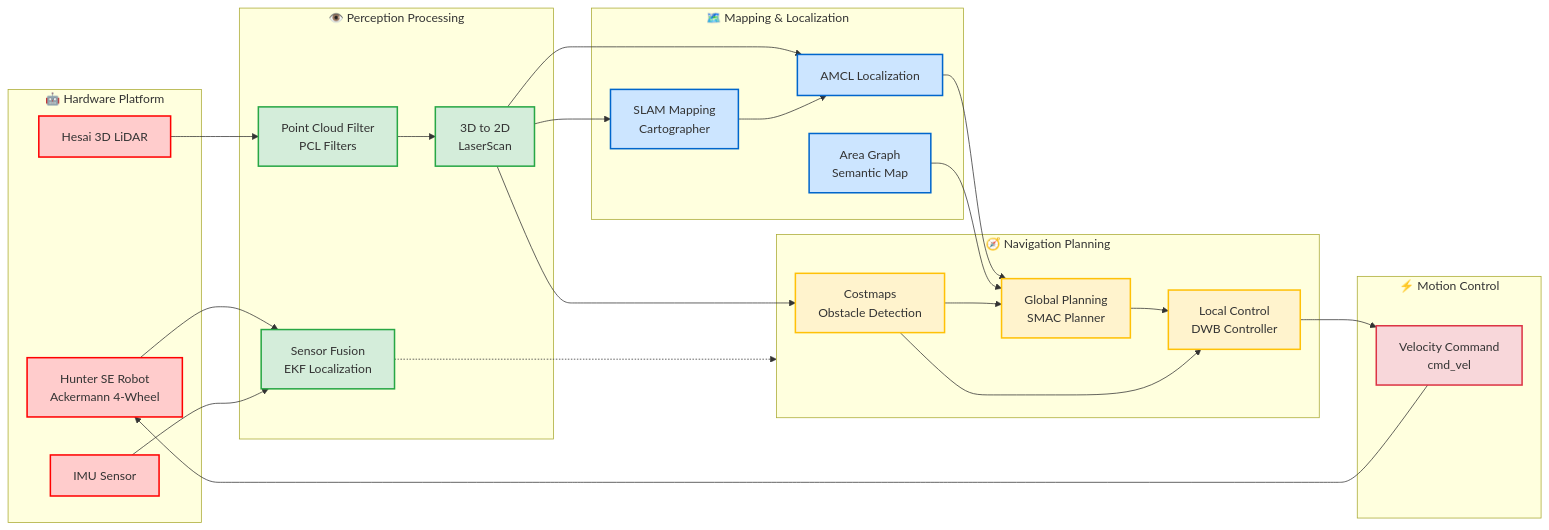
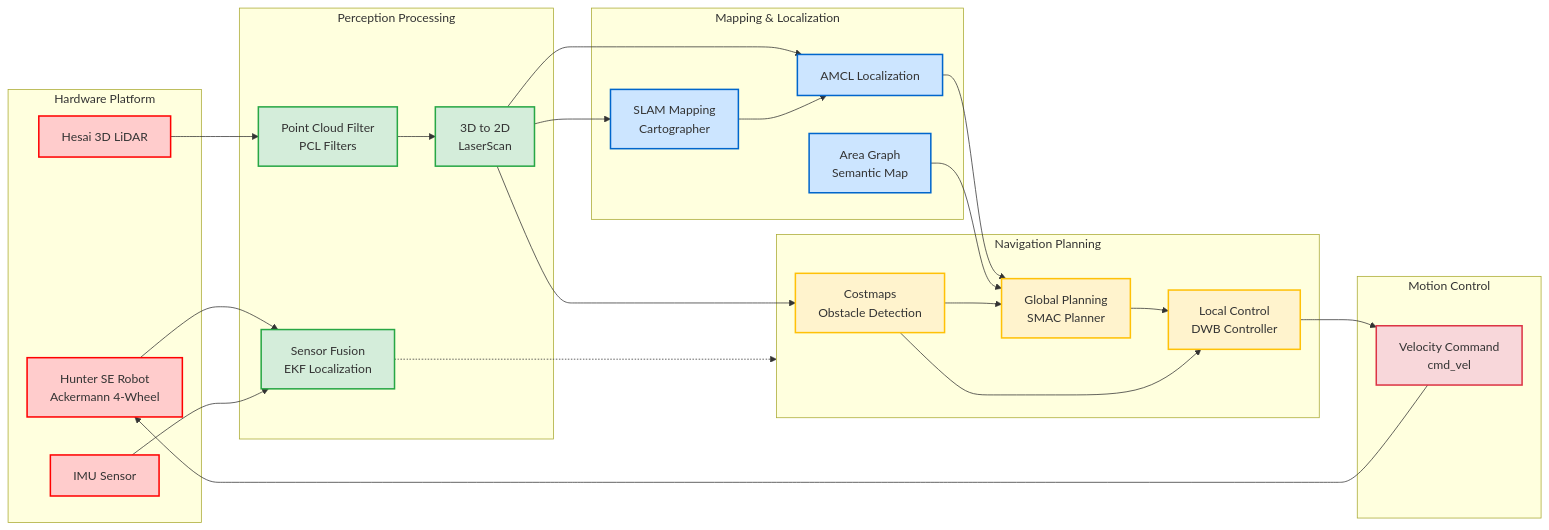
Before and after one commit to jiajiezhang7/jiajiezhang7.github.io: the diagram in _projects/2_campus_autonomy.md, drawn with Mermaid. The commit also changed other lines of this file and 13 other files, not shown here.

````diff
--- a/_projects/2_campus_autonomy.md
+++ b/_projects/2_campus_autonomy.md
@@ -81,62 +67,62 @@
 ```mermaid
 graph LR
-    subgraph HW["🤖 Hardware Platform"]
+    subgraph HW["Hardware Platform"]
         A[Hunter SE Robot<br/>Ackermann 4-Wheel]
         B[Hesai 3D LiDAR]
         C[IMU Sensor]
     end
 
-    subgraph Perception["👁️ Perception Processing"]
+    subgraph Perception["Perception Processing"]
         D[Point Cloud Filter<br/>PCL Filters]
         E[3D to 2D<br/>LaserScan]
         F[Sensor Fusion<br/>EKF Localization]
     end
 
-    subgraph Mapping["🗺️ Mapping & Localization"]
+    subgraph Mapping["Mapping & Localization"]
         G[SLAM Mapping<br/>Cartographer]
         H[AMCL Localization]
         I[Area Graph<br/>Semantic Map]
     end
 
-    subgraph Navigation["🧭 Navigation Planning"]
+    subgraph Navigation["Navigation Planning"]
         J[Global Planning<br/>SMAC Planner]
         K[Local Control<br/>DWB Controller]
         L[Costmaps<br/>Obstacle Detection]
     end
 
-    subgraph Control["⚡ Motion Control"]
+    subgraph Control["Motion Control"]
         M[Velocity Command<br/>cmd_vel]
     end
 
     A --> F
     B --> D --> E
     C --> F
 
     E --> G
     E --> H
     E --> L
 
     G --> H
     H --> J
     I --> J
 
     L --> J
     J --> K
     L --> K
 
     K --> M --> A
 
     F -.-> Navigation
 
     classDef hw fill:#ffcccc,stroke:#ff0000,stroke-width:2px
     classDef perc fill:#d4edda,stroke:#28a745,stroke-width:2px
     classDef map fill:#cce5ff,stroke:#0066cc,stroke-width:2px
     classDef nav fill:#fff3cd,stroke:#ffc107,stroke-width:2px
     classDef ctrl fill:#f8d7da,stroke:#dc3545,stroke-width:2px
 
     class A,B,C hw
     class D,E,F perc
     class G,H,I map
     class J,K,L nav
     class M ctrl
 ```
````
